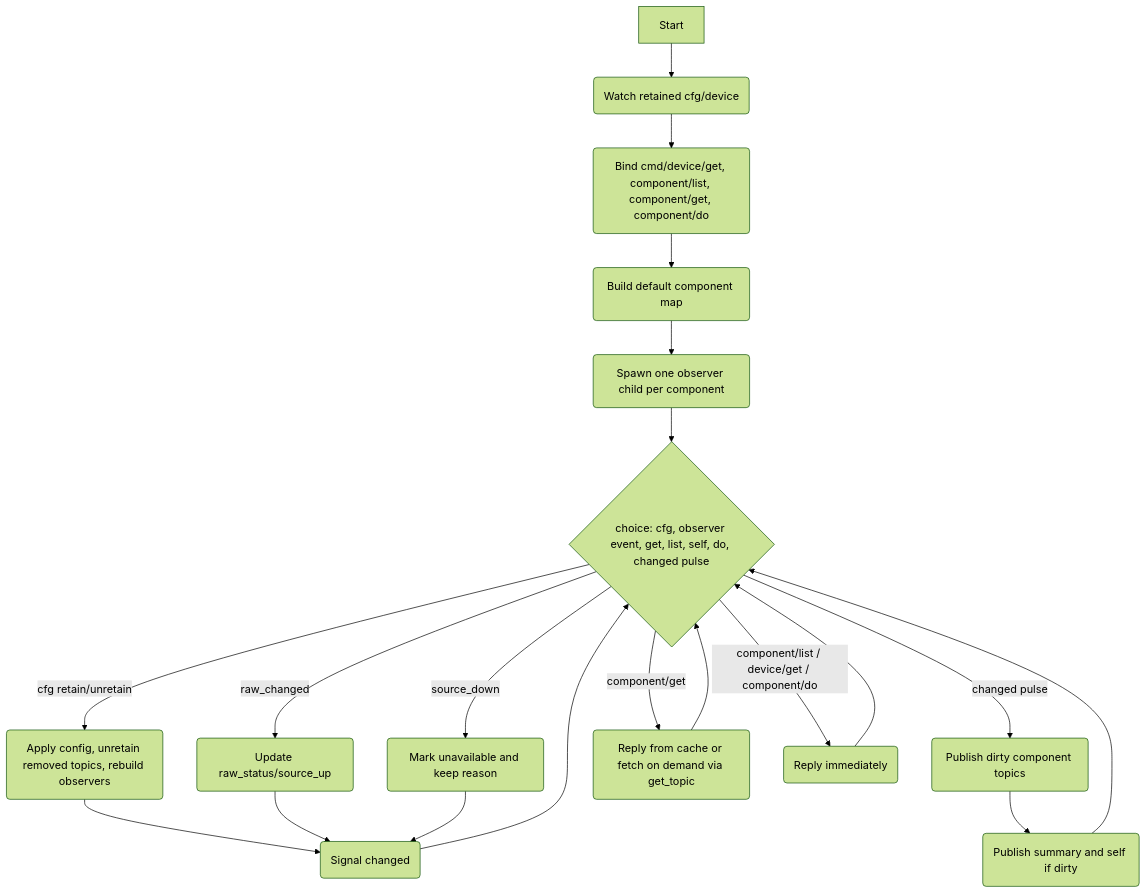
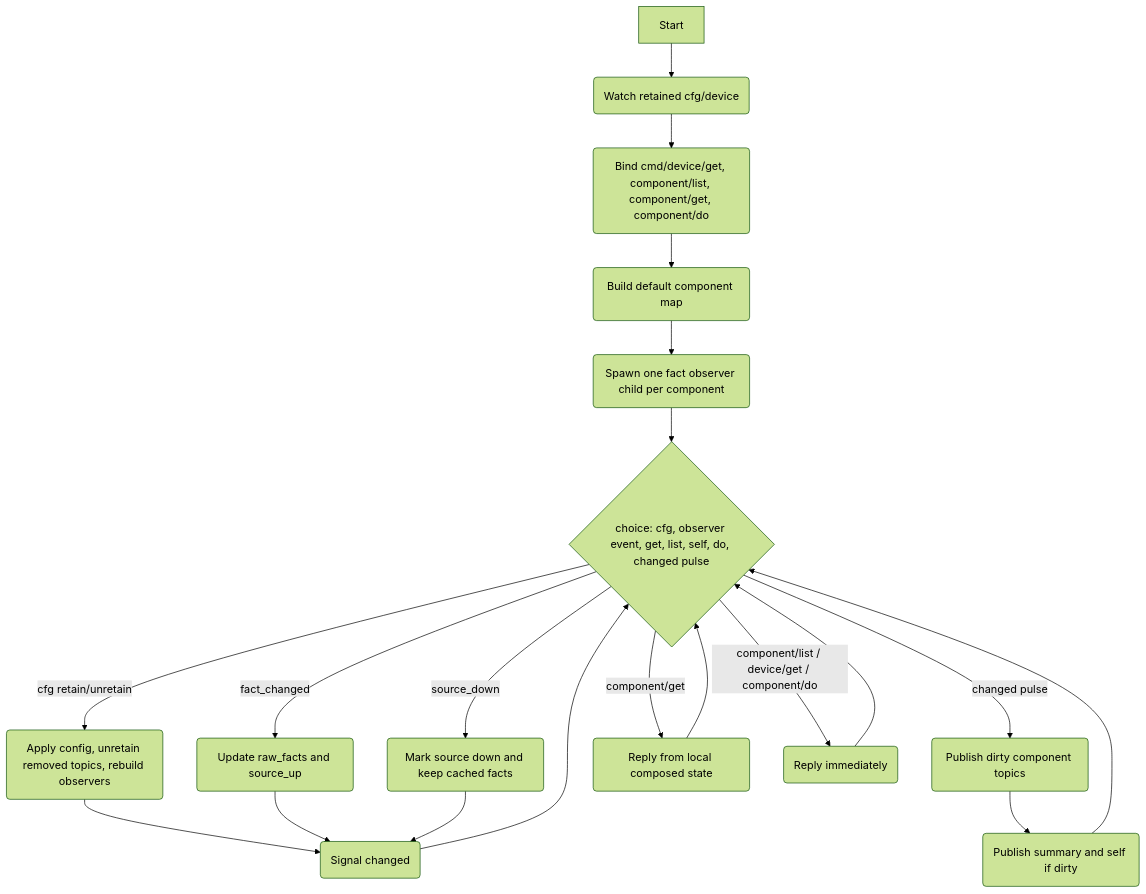
One commit to jangala-dev/devicecode-lua changed the diagram in docs/specs/device.md. Above: the diagram before and after it, drawn with Mermaid (forest theme). The commit also changed other lines of this file and 3 other files, not shown here.

````diff
--- a/docs/specs/device.md
+++ b/docs/specs/device.md
@@ -453,22 +407,22 @@
 ```mermaid
 flowchart TD
   St[Start] --> A(Watch retained cfg/device)
   A --> B(Bind cmd/device/get, component/list, component/get, component/do)
   B --> C(Build default component map)
-  C --> D(Spawn one observer child per component)
+  C --> D(Spawn one fact observer child per component)
   D --> E{choice: cfg, observer event, get, list, self, do, changed pulse}
   E -->|cfg retain/unretain| F(Apply config, unretain removed topics, rebuild observers)
   F --> G(Signal changed)
   G --> E
-  E -->|raw_changed| H(Update raw_status/source_up)
+  E -->|fact_changed| H(Update raw_facts and source_up)
   H --> G
-  E -->|source_down| I(Mark unavailable and keep reason)
+  E -->|source_down| I(Mark source down and keep cached facts)
   I --> G
   E -->|changed pulse| J(Publish dirty component topics)
   J --> K(Publish summary and self if dirty)
   K --> E
-  E -->|component/get| L(Reply from cache or fetch on demand via get_topic)
+  E -->|component/get| L(Reply from local composed state)
   L --> E
   E -->|component/list / device/get / component/do| M(Reply immediately)
   M --> E
 ```
````
